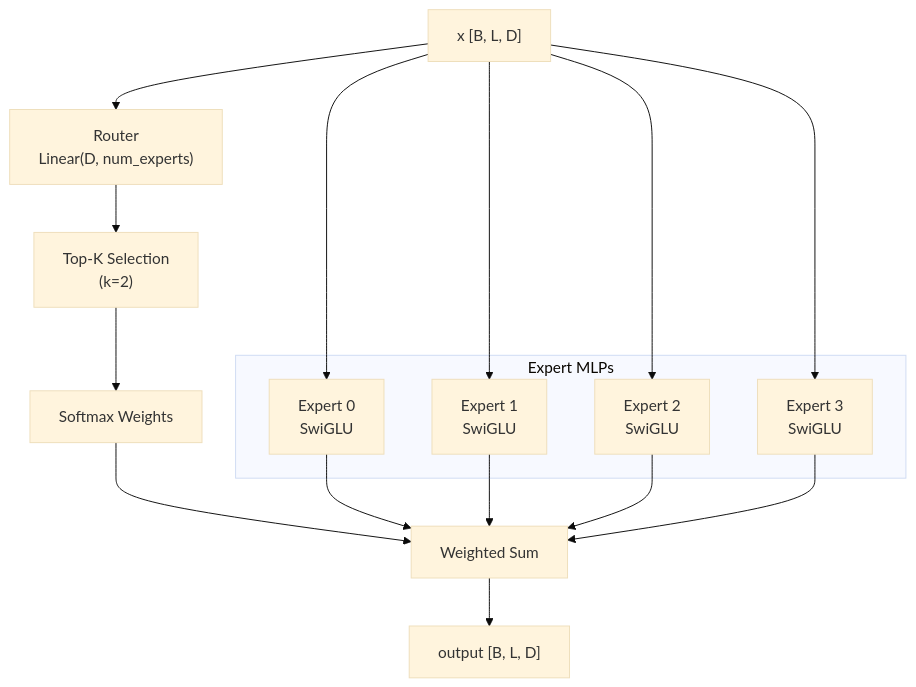
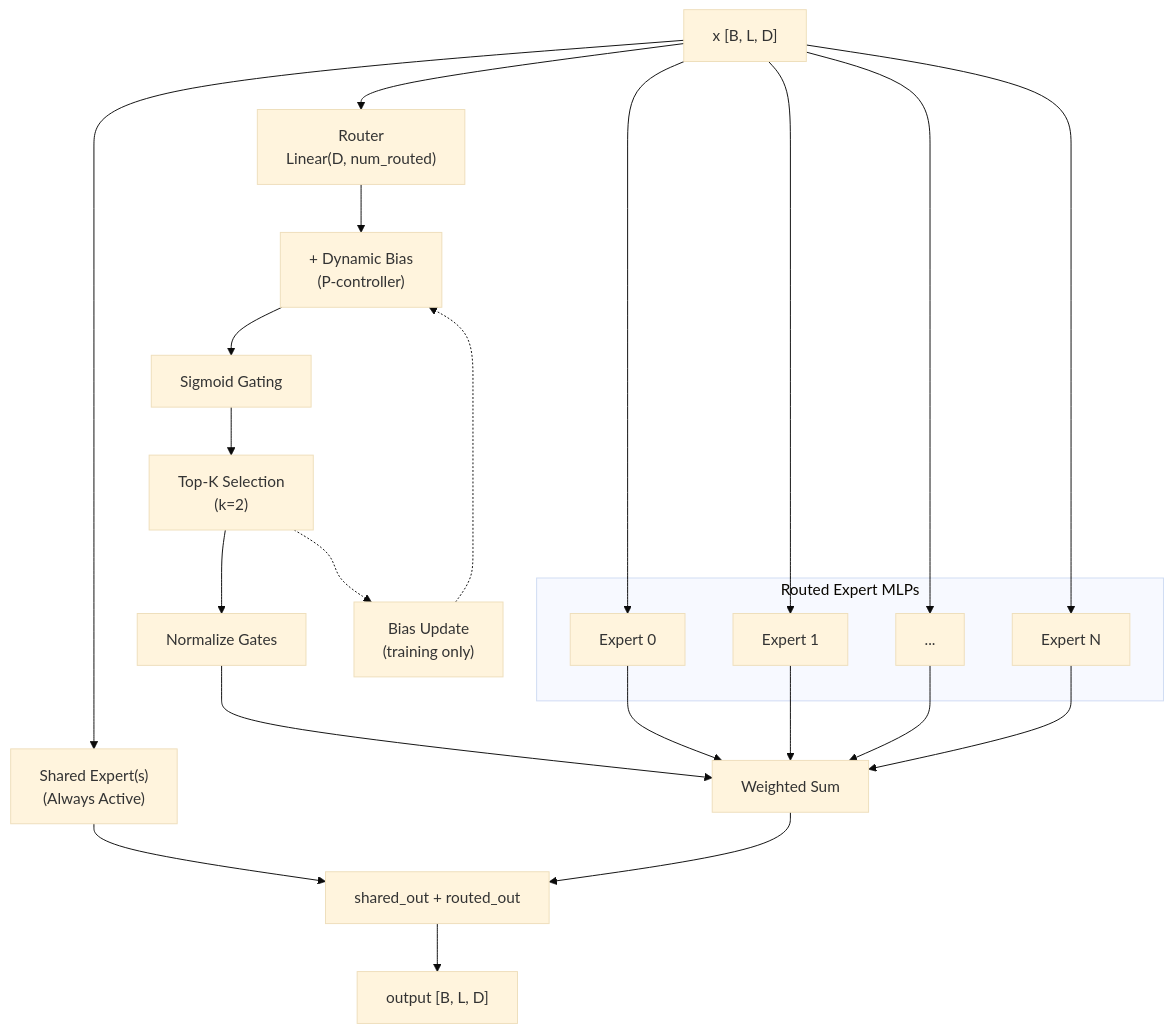
Before and after one commit to hienhayho/trm_agent: diagram 21 of 21 in docs/03_model_architecture.md, drawn with Mermaid (base theme). The commit also changed other lines of this file and 23 other files, not shown here.

````diff
--- a/docs/03_model_architecture.md
+++ b/docs/03_model_architecture.md
@@ -962,18 +1293,28 @@
 ```mermaid
 flowchart TB
-    x["x [B, L, D]"] --> Router["Router<br/>Linear(D, num_experts)"]
-    Router --> TopK["Top-K Selection<br/>(k=2)"]
-    TopK --> Softmax["Softmax Weights"]
+    x["x [B, L, D]"] --> Shared["Shared Expert(s)<br/>(Always Active)"]
+    x --> Router["Router<br/>Linear(D, num_routed)"]
 
-    subgraph Experts["Expert MLPs"]
-        E1["Expert 0<br/>SwiGLU"]
-        E2["Expert 1<br/>SwiGLU"]
-        E3["Expert 2<br/>SwiGLU"]
-        E4["Expert 3<br/>SwiGLU"]
+    Router --> AddBias["+ Dynamic Bias<br/>(P-controller)"]
+    AddBias --> Sigmoid["Sigmoid Gating"]
+    Sigmoid --> TopK["Top-K Selection<br/>(k=2)"]
+    TopK --> Normalize["Normalize Gates"]
+
+    subgraph RoutedExperts["Routed Expert MLPs"]
+        E0["Expert 0"]
+        E1["Expert 1"]
+        E2["..."]
+        E7["Expert N"]
     end
 
-    x --> E1 & E2 & E3 & E4
-    Softmax --> Combine["Weighted Sum"]
-    E1 & E2 & E3 & E4 --> Combine
-    Combine --> out["output [B, L, D]"]
+    x --> E0 & E1 & E2 & E7
+    Normalize --> Combine["Weighted Sum"]
+    E0 & E1 & E2 & E7 --> Combine
+
+    Shared --> Add["shared_out + routed_out"]
+    Combine --> Add
+    Add --> out["output [B, L, D]"]
+
+    TopK -.-> BiasUpdate["Bias Update<br/>(training only)"]
+    BiasUpdate -.-> AddBias
 ```
````
